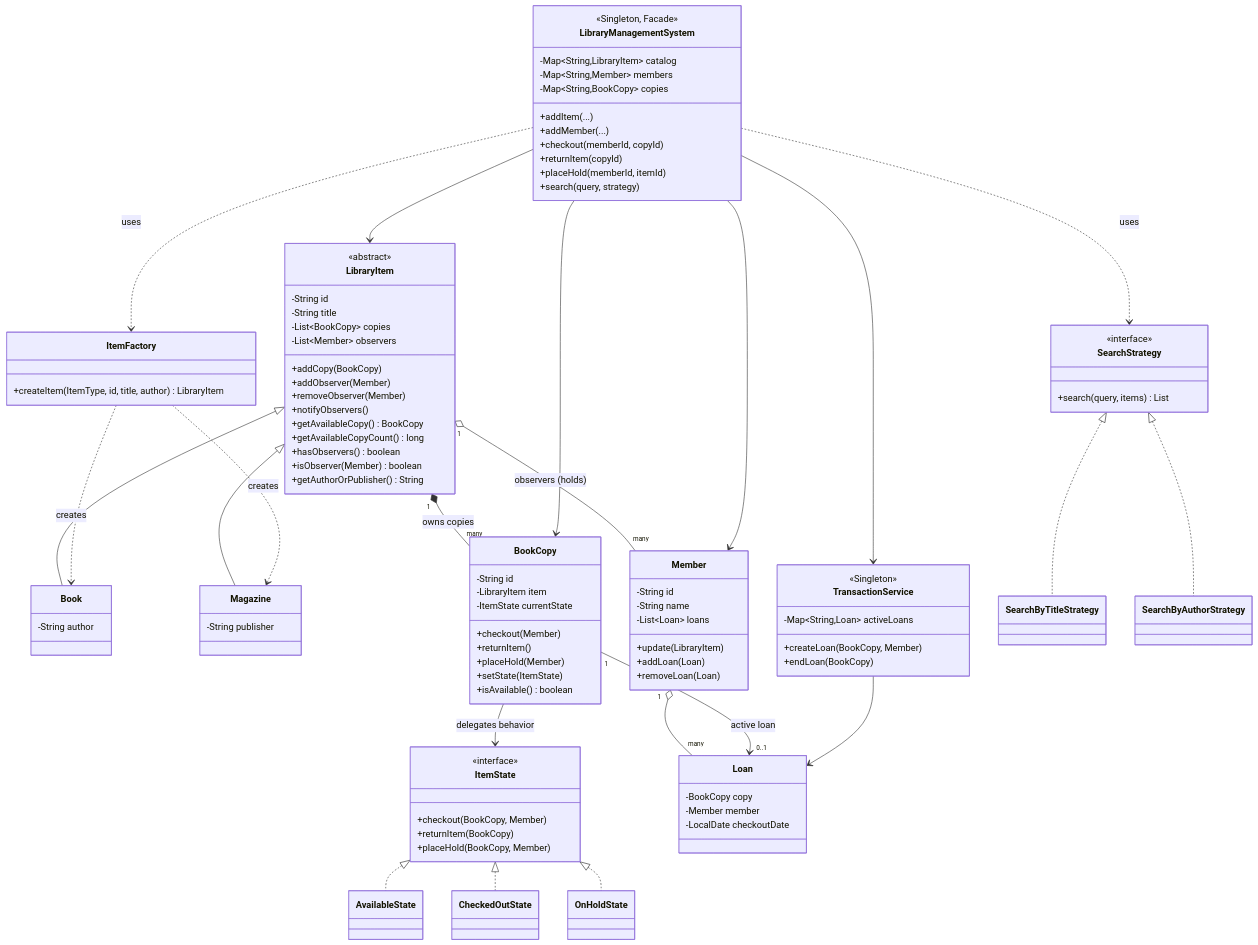
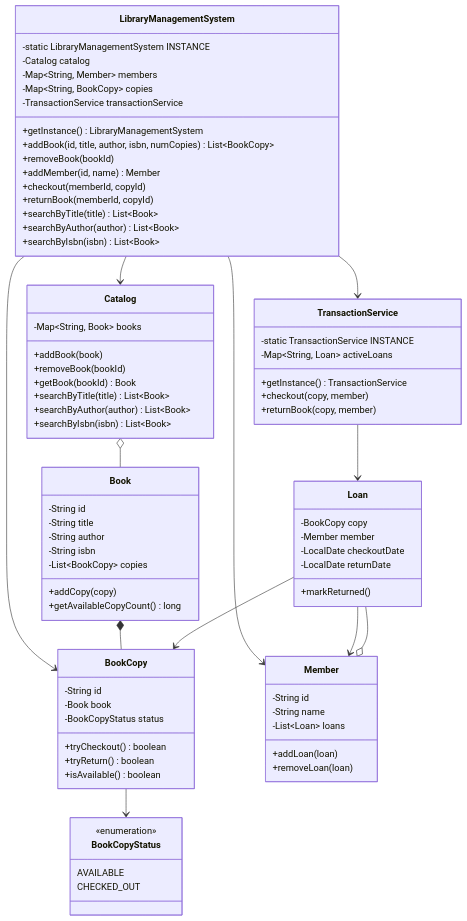
One commit to bhargavtenali/awesome-low-level-design changed the first of 2 diagrams in solutions/java/src/librarymanagementsystem/LibraryManagementLLD.md. Above: the diagram before and after it, drawn with Mermaid. The commit also changed other lines of this file, not shown here.

Commit message:
docs: add low-level design documentation for the Library Management System

````diff
--- a/solutions/java/src/librarymanagementsystem/LibraryManagementLLD.md
+++ b/solutions/java/src/librarymanagementsystem/LibraryManagementLLD.md
@@ -57,106 +24,90 @@
 ```mermaid
 classDiagram
-    class LibraryItem {
-        <<abstract>>
+    class LibraryManagementSystem {
+        -static LibraryManagementSystem INSTANCE
+        -Catalog catalog
+        -Map~String, Member~ members
+        -Map~String, BookCopy~ copies
+        -TransactionService transactionService
+        +getInstance() LibraryManagementSystem
+        +addBook(id, title, author, isbn, numCopies) List~BookCopy~
+        +removeBook(bookId)
+        +addMember(id, name) Member
+        +checkout(memberId, copyId)
+        +returnBook(memberId, copyId)
+        +searchByTitle(title) List~Book~
+        +searchByAuthor(author) List~Book~
+        +searchByIsbn(isbn) List~Book~
+    }
+    
+    class Catalog {
+        -Map~String, Book~ books
+        +addBook(book)
+        +removeBook(bookId)
+        +getBook(bookId) Book
+        +searchByTitle(title) List~Book~
+        +searchByAuthor(author) List~Book~
+        +searchByIsbn(isbn) List~Book~
+    }
+    
+    class TransactionService {
+        -static TransactionService INSTANCE
+        -Map~String, Loan~ activeLoans
+        +getInstance() TransactionService
+        +checkout(copy, member)
+        +returnBook(copy, member)
+    }
+
+    class Book {
         -String id
         -String title
+        -String author
+        -String isbn
         -List~BookCopy~ copies
-        -List~Member~ observers
-        +addCopy(BookCopy)
-        +addObserver(Member)
-        +removeObserver(Member)
-        +notifyObservers()
-        +getAvailableCopy() BookCopy
+        +addCopy(copy)
         +getAvailableCopyCount() long
-        +hasObservers() boolean
-        +isObserver(Member) boolean
-        +getAuthorOrPublisher() String
     }
-    class Book {
-        -String author
-    }
-    class Magazine {
-        -String publisher
-    }
+
     class BookCopy {
         -String id
-        -LibraryItem item
-        -ItemState currentState
-        +checkout(Member)
-        +returnItem()
-        +placeHold(Member)
-        +setState(ItemState)
+        -Book book
+        -BookCopyStatus status
+        +tryCheckout() boolean
+        +tryReturn() boolean
         +isAvailable() boolean
     }
-    class ItemState {
-        <<interface>>
-        +checkout(BookCopy, Member)
-        +returnItem(BookCopy)
-        +placeHold(BookCopy, Member)
-    }
-    class AvailableState
-    class CheckedOutState
-    class OnHoldState
+    
     class Member {
         -String id
         -String name
         -List~Loan~ loans
-        +update(LibraryItem)
-        +addLoan(Loan)
-        +removeLoan(Loan)
+        +addLoan(loan)
+        +removeLoan(loan)
     }
+    
     class Loan {
         -BookCopy copy
         -Member member
         -LocalDate checkoutDate
+        -LocalDate returnDate
+        +markReturned()
     }
-    class LibraryManagementSystem {
-        <<Singleton, Facade>>
-        -Map~String,LibraryItem~ catalog
-        -Map~String,Member~ members
-        -Map~String,BookCopy~ copies
-        +addItem(...)
-        +addMember(...)
-        +checkout(memberId, copyId)
-        +returnItem(copyId)
-        +placeHold(memberId, itemId)
-        +search(query, strategy)
+    
+    class BookCopyStatus {
+        <<enumeration>>
+        AVAILABLE
+        CHECKED_OUT
     }
-    class TransactionService {
-        <<Singleton>>
-        -Map~String,Loan~ activeLoans
-        +createLoan(BookCopy, Member)
-        +endLoan(BookCopy)
-    }
-    class ItemFactory {
-        +createItem(ItemType, id, title, author) LibraryItem
-    }
-    class SearchStrategy {
-        <<interface>>
-        +search(query, items) List
-    }
-    class SearchByTitleStrategy
-    class SearchByAuthorStrategy
 
-    LibraryItem <|-- Book
-    LibraryItem <|-- Magazine
-    LibraryItem "1" *-- "many" BookCopy : owns copies
-    LibraryItem "1" o-- "many" Member : observers (holds)
-    BookCopy --> ItemState : delegates behavior
-    ItemState <|.. AvailableState
-    ItemState <|.. CheckedOutState
-    ItemState <|.. OnHoldState
-    Member "1" o-- "many" Loan
-    BookCopy "1" --> "0..1" Loan : active loan
-    LibraryManagementSystem ..> ItemFactory : uses
-    LibraryManagementSystem ..> SearchStrategy : uses
+    LibraryManagementSystem --> Catalog
     LibraryManagementSystem --> TransactionService
-    LibraryManagementSystem --> LibraryItem
     LibraryManagementSystem --> Member
     LibraryManagementSystem --> BookCopy
-    SearchStrategy <|.. SearchByTitleStrategy
-    SearchStrategy <|.. SearchByAuthorStrategy
-    ItemFactory ..> Book : creates
-    ItemFactory ..> Magazine : creates
+    Catalog o-- Book
+    Book *-- BookCopy
+    BookCopy --> BookCopyStatus
     TransactionService --> Loan
+    Loan --> BookCopy
+    Loan --> Member
+    Member o-- Loan
 ```
````
